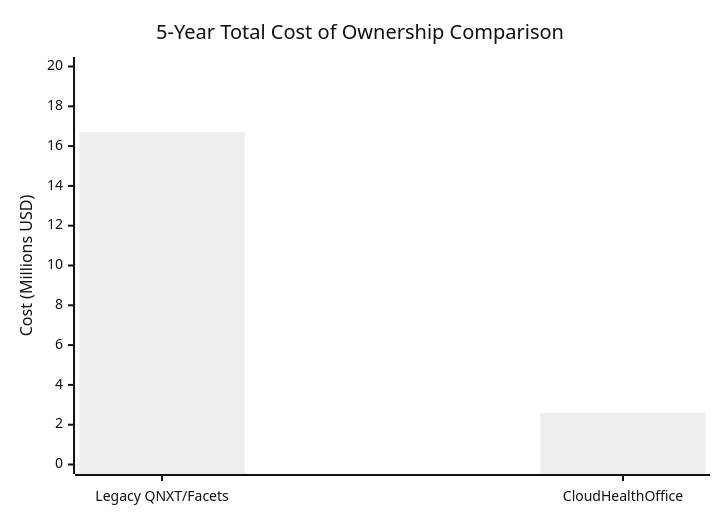
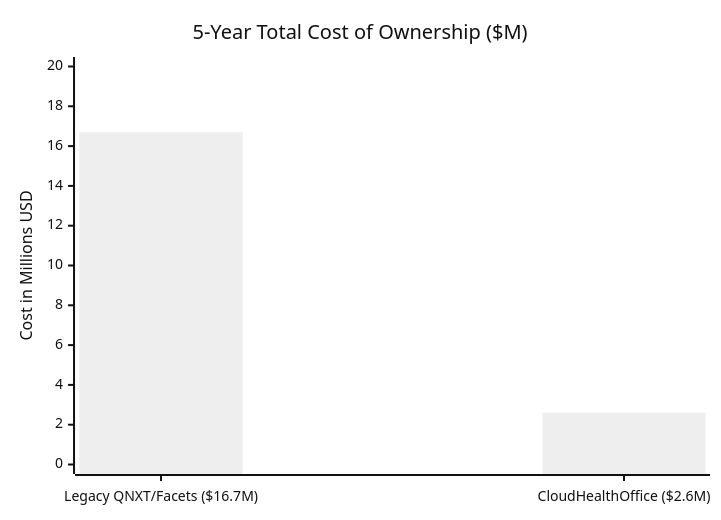
One commit to aurelianware/cloudhealthoffice changed the first of 4 diagrams in docs/WHITEPAPER-CMS-0057-F-COMPLIANCE.md. Above: the diagram before and after it, drawn with Mermaid. The commit also changed other lines of this file and 4 other files, not shown here.

````diff
--- a/docs/WHITEPAPER-CMS-0057-F-COMPLIANCE.md
+++ b/docs/WHITEPAPER-CMS-0057-F-COMPLIANCE.md
@@ -161,8 +162,8 @@
 ```mermaid
-%%{init: {'theme': 'neutral'}}%%
+%%{init: {'theme': 'neutral', 'themeVariables': { 'primaryColor': '#3498db', 'secondaryColor': '#27ae60' }}}%%
 xychart-beta
-    title "5-Year Total Cost of Ownership Comparison"
-    x-axis ["Legacy QNXT/Facets", "CloudHealthOffice"]
-    y-axis "Cost (Millions USD)" 0 --> 20
+    title "5-Year Total Cost of Ownership ($M)"
+    x-axis ["Legacy QNXT/Facets ($16.7M)", "CloudHealthOffice ($2.6M)"]
+    y-axis "Cost in Millions USD" 0 --> 20
     bar [16.7, 2.6]
 ```
````
